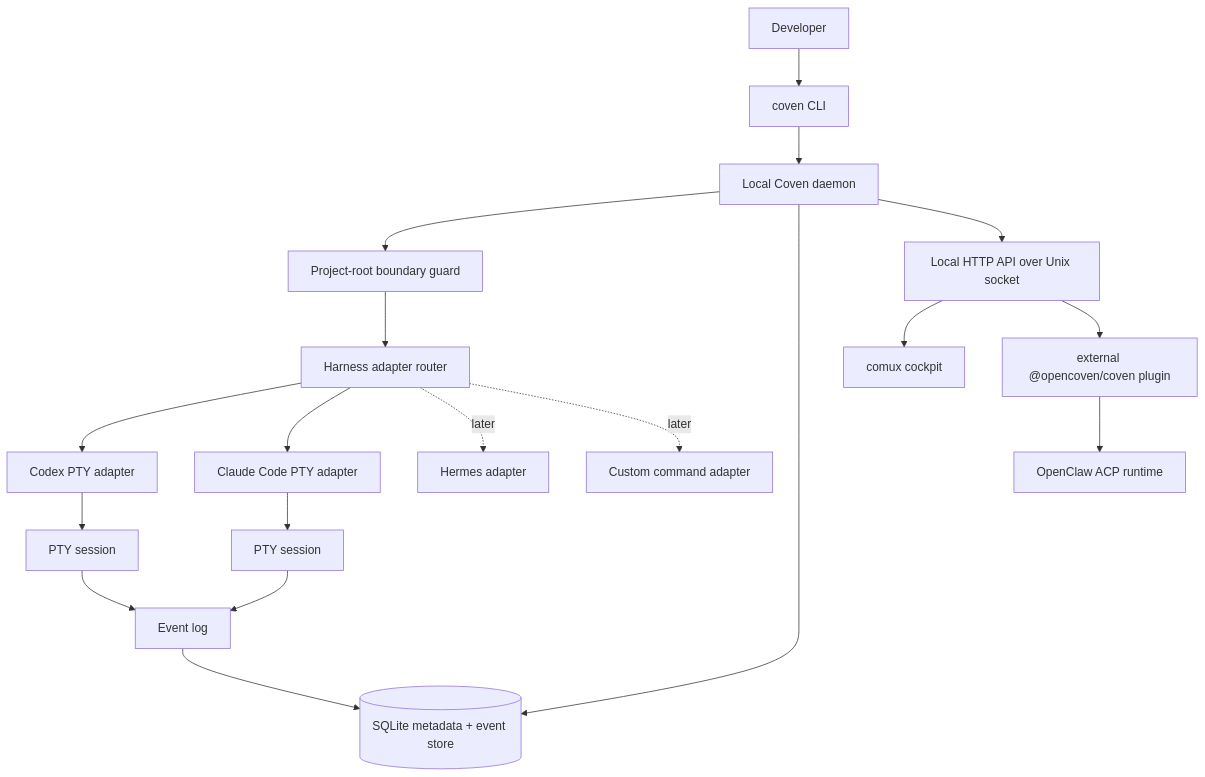
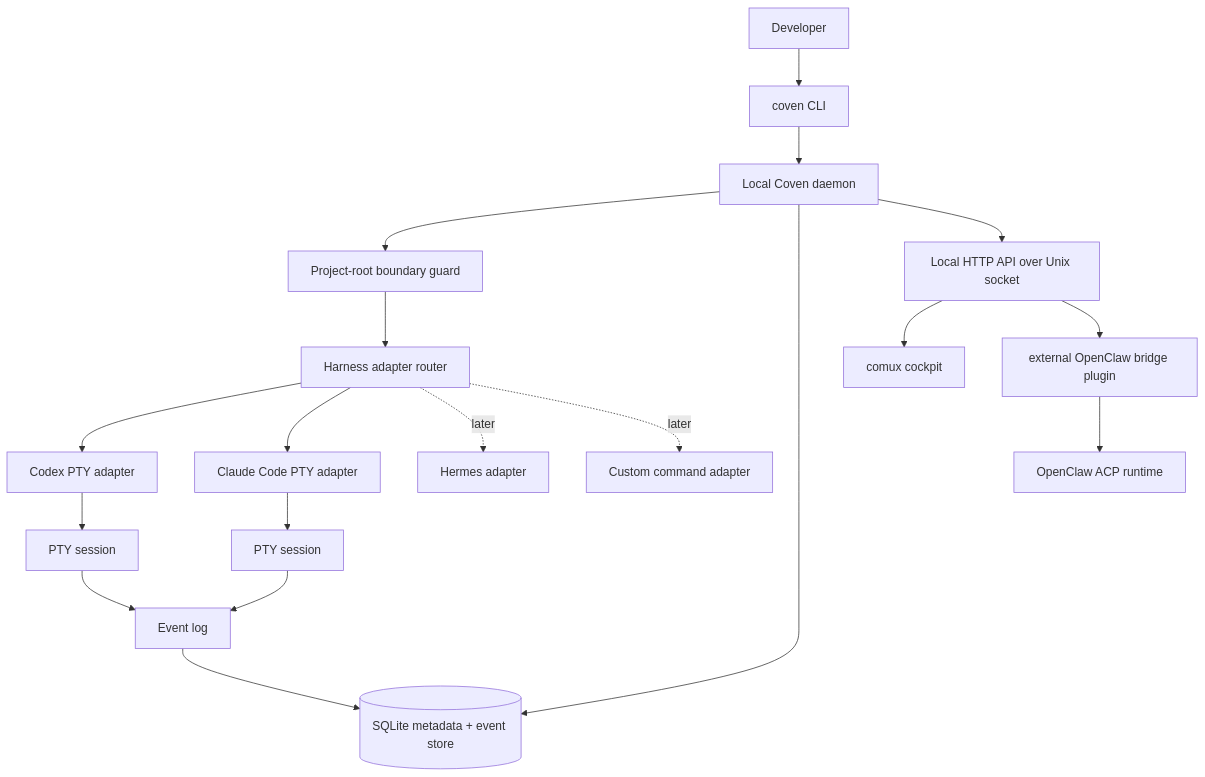
One commit to OpenCoven/coven changed the first of 6 diagrams in docs/MVP-PLAN.md. Above: the diagram before and after it, drawn with Mermaid. The commit also changed other lines of this file and 48 other files, not shown here.

````diff
--- a/docs/MVP-PLAN.md
+++ b/docs/MVP-PLAN.md
@@ -165,21 +165,21 @@
 ```mermaid
 flowchart TD
   User[Developer] --> CLI[coven CLI]
   CLI --> Daemon[Local Coven daemon]
   Daemon --> Boundary[Project-root boundary guard]
   Boundary --> AdapterRouter[Harness adapter router]
   AdapterRouter --> Codex[Codex PTY adapter]
   AdapterRouter --> Claude[Claude Code PTY adapter]
   AdapterRouter -. later .-> Hermes[Hermes adapter]
   AdapterRouter -. later .-> Custom[Custom command adapter]
   Codex --> Pty1[PTY session]
   Claude --> Pty2[PTY session]
   Pty1 --> Events[Event log]
   Pty2 --> Events
   Daemon --> Store[(SQLite metadata + event store)]
   Events --> Store
   Daemon --> API[Local HTTP API over Unix socket]
   API --> Comux[comux cockpit]
-  API --> OpenClawPlugin[external @opencoven/coven plugin]
+  API --> OpenClawPlugin[external OpenClaw bridge plugin]
   OpenClawPlugin --> OpenClaw[OpenClaw ACP runtime]
 ```
````
